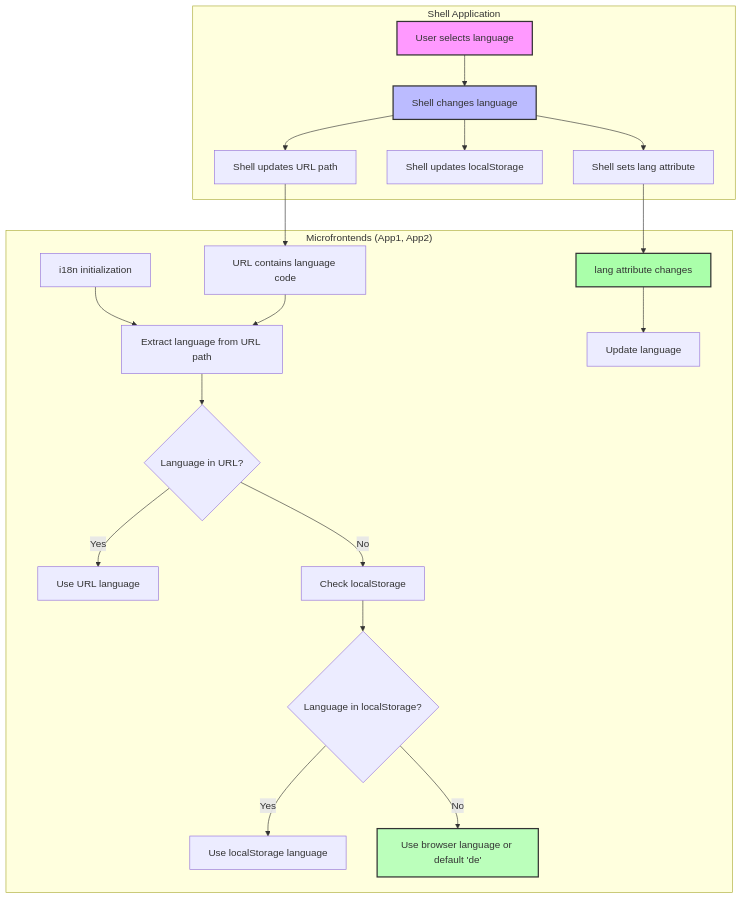
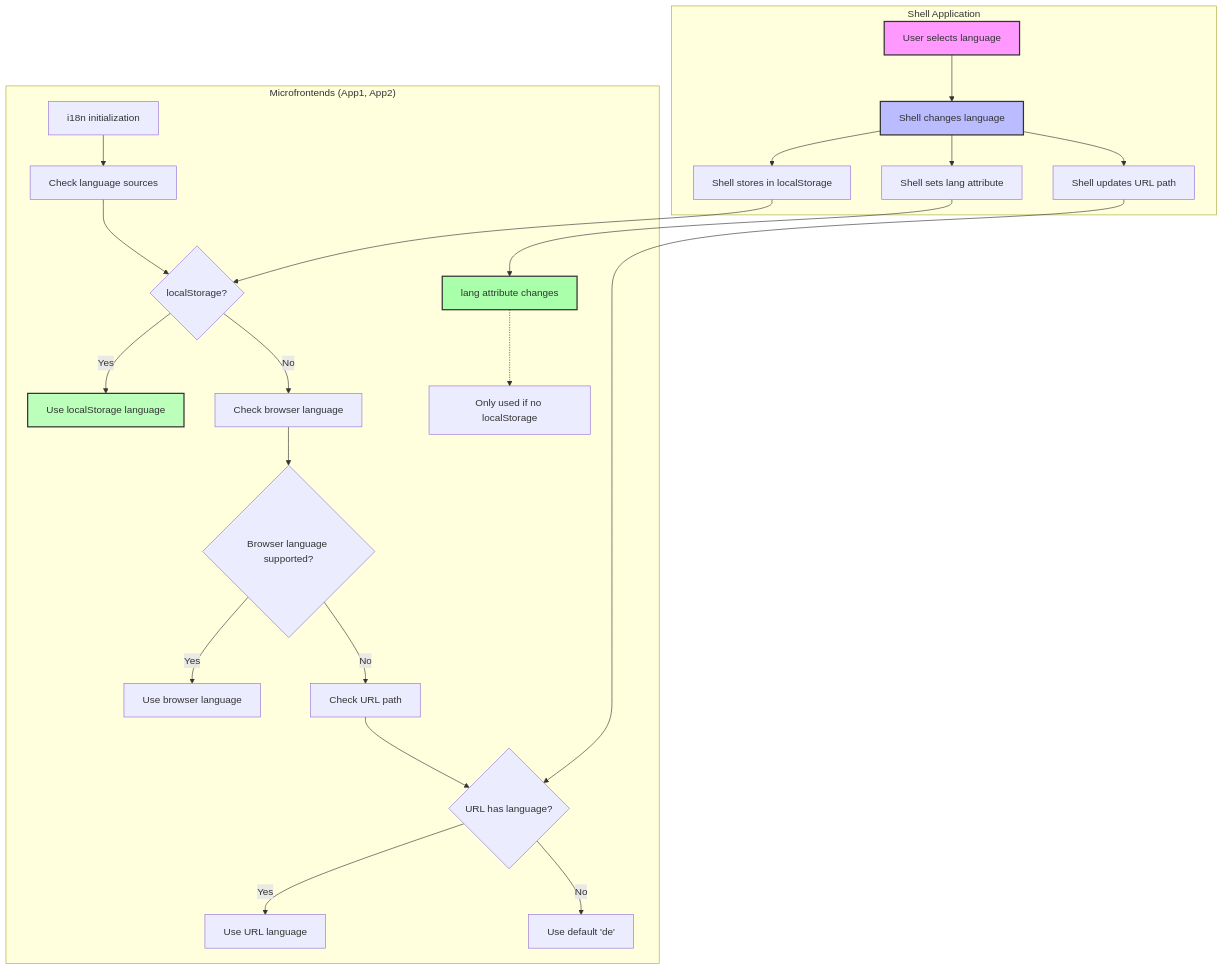
One commit to AleksejDix/modern-monorepo changed the diagram in solution3/README.md. Above: the diagram before and after it, drawn with Mermaid. The commit also changed other lines of this file and 6 other files, not shown here.

Commit message:
i18n:user settings is more important then url lang

````diff
--- a/solution3/README.md
+++ b/solution3/README.md
@@ -216,30 +216,33 @@
 ```mermaid
 graph TD
     subgraph "Shell Application"
         A[User selects language] --> B[Shell changes language]
         B --> C[Shell updates URL path]
-        B --> D[Shell updates localStorage]
+        B --> D[Shell stores in localStorage]
         B --> E[Shell sets lang attribute]
     end
 
     subgraph "Microfrontends (App1, App2)"
-        F[i18n initialization] --> G[Extract language from URL path]
-        G --> H{Language in URL?}
-        H -- Yes --> I[Use URL language]
-        H -- No --> J[Check localStorage]
-        J --> K{Language in localStorage?}
-        K -- Yes --> L[Use localStorage language]
-        K -- No --> M[Use browser language or default 'de']
+        F[i18n initialization] --> G[Check language sources]
+        G --> H{localStorage?}
+        H -- Yes --> I[Use localStorage language]
+        H -- No --> J[Check browser language]
+        J --> K{Browser language supported?}
+        K -- Yes --> L[Use browser language]
+        K -- No --> M[Check URL path]
+        M --> N{URL has language?}
+        N -- Yes --> O[Use URL language]
+        N -- No --> P[Use default 'de']
 
-        P[URL contains language code] --> G
-        Q[lang attribute changes] --> R[Update language]
+        Q[lang attribute changes] -.-> R[Only used if no localStorage]
     end
 
-    C --> P
+    D --> H
+    C --> N
     E --> Q
 
     style A fill:#f9f,stroke:#333,stroke-width:2px
     style B fill:#bbf,stroke:#333,stroke-width:2px
-    style M fill:#bfb,stroke:#333,stroke-width:2px
+    style I fill:#bfb,stroke:#333,stroke-width:2px
     style Q fill:#afa,stroke:#333,stroke-width:2px
 ```
````
